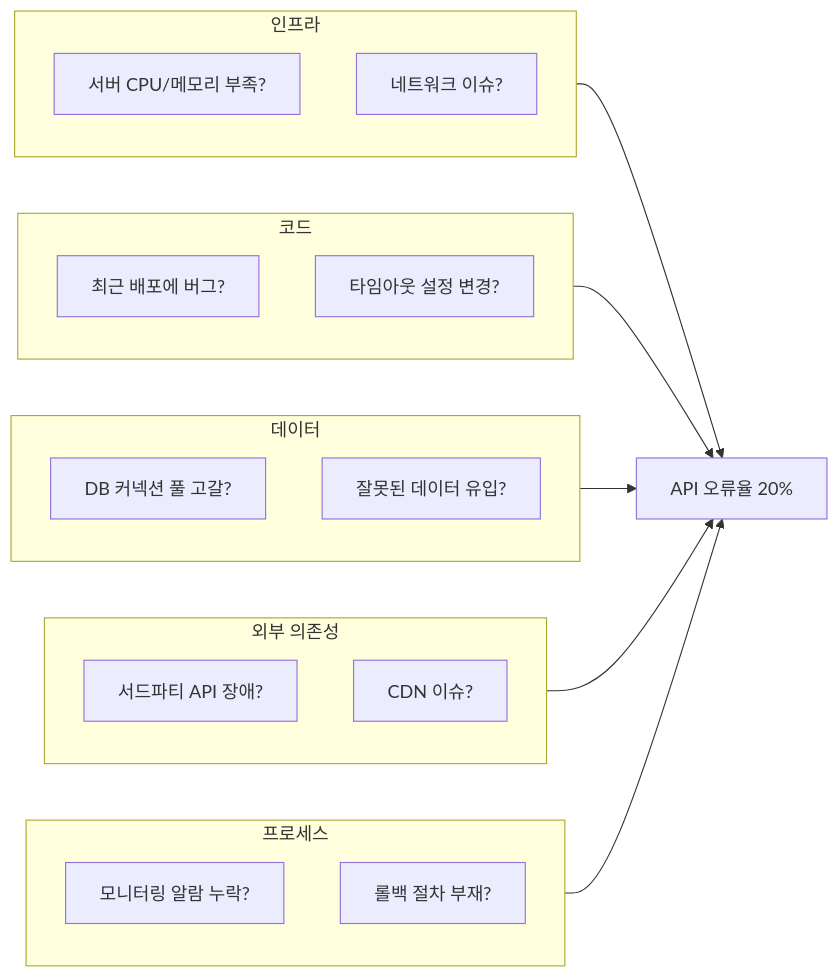
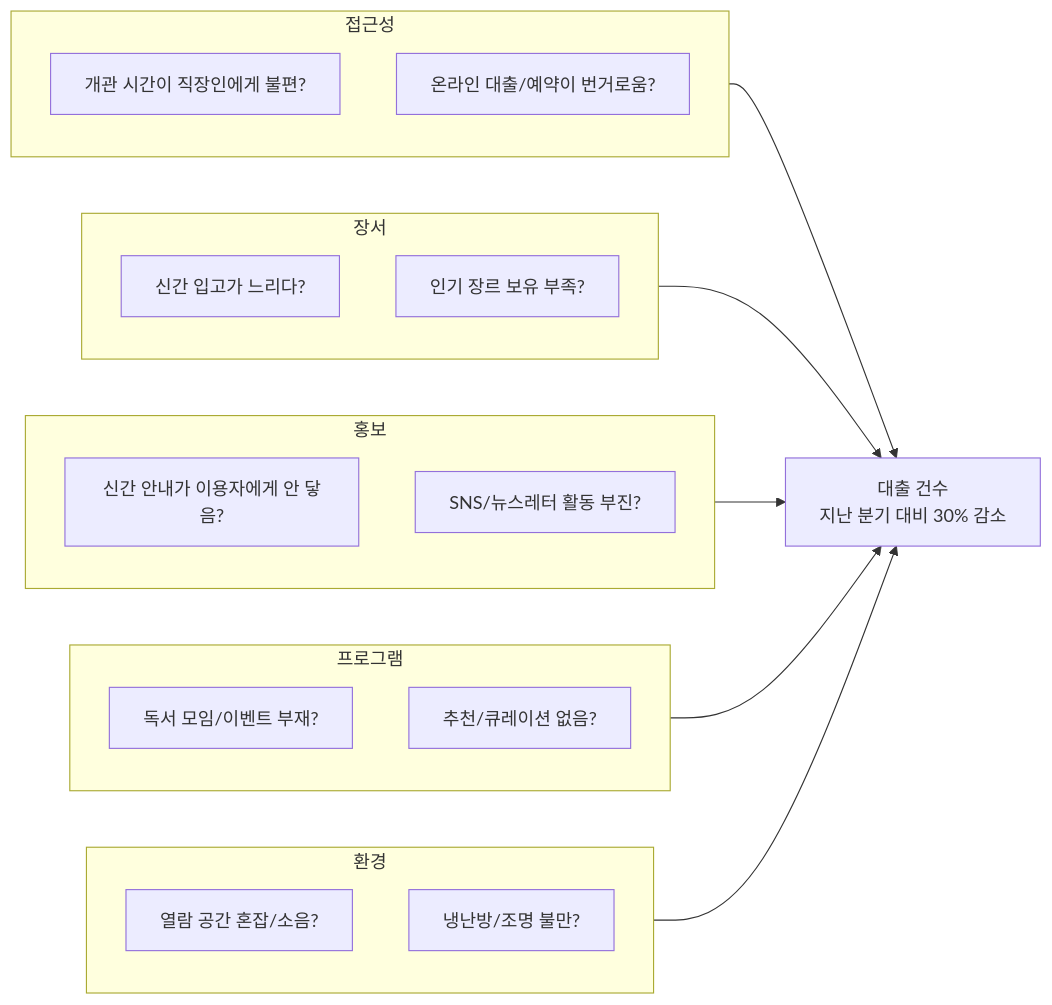
Before and after one commit to zhoonit/thoughts: the eighth of 11 diagrams in projects/sense-of-engineering/notes/docs/ch01/index.mdx, drawn with Mermaid. The commit also changed other lines of this file, not shown here.

````diff
--- a/projects/sense-of-engineering/notes/docs/ch01/index.mdx
+++ b/projects/sense-of-engineering/notes/docs/ch01/index.mdx
@@ -425,35 +444,35 @@
 ```mermaid
 graph LR
-    EFFECT["API 오류율 20%"]
+    EFFECT["대출 건수<br/>지난 분기 대비 30% 감소"]
 
-    subgraph infra ["인프라"]
-        I1["서버 CPU/메모리 부족?"]
-        I2["네트워크 이슈?"]
+    subgraph access ["접근성"]
+        A1["개관 시간이 직장인에게 불편?"]
+        A2["온라인 대출/예약이 번거로움?"]
     end
 
-    subgraph code ["코드"]
-        C1["최근 배포에 버그?"]
-        C2["타임아웃 설정 변경?"]
+    subgraph collection ["장서"]
+        C1["신간 입고가 느리다?"]
+        C2["인기 장르 보유 부족?"]
     end
 
-    subgraph data ["데이터"]
-        D1["DB 커넥션 풀 고갈?"]
-        D2["잘못된 데이터 유입?"]
+    subgraph promo ["홍보"]
+        P1["신간 안내가 이용자에게 안 닿음?"]
+        P2["SNS/뉴스레터 활동 부진?"]
     end
 
-    subgraph ext ["외부 의존성"]
-        E1["서드파티 API 장애?"]
-        E2["CDN 이슈?"]
+    subgraph program ["프로그램"]
+        G1["독서 모임/이벤트 부재?"]
+        G2["추천/큐레이션 없음?"]
     end
 
-    subgraph proc ["프로세스"]
-        P1["모니터링 알람 누락?"]
-        P2["롤백 절차 부재?"]
+    subgraph env ["환경"]
+        E1["열람 공간 혼잡/소음?"]
+        E2["냉난방/조명 불만?"]
     end
 
-    infra --> EFFECT
-    code --> EFFECT
-    data --> EFFECT
-    ext --> EFFECT
-    proc --> EFFECT
+    access --> EFFECT
+    collection --> EFFECT
+    promo --> EFFECT
+    program --> EFFECT
+    env --> EFFECT
 ```
````
